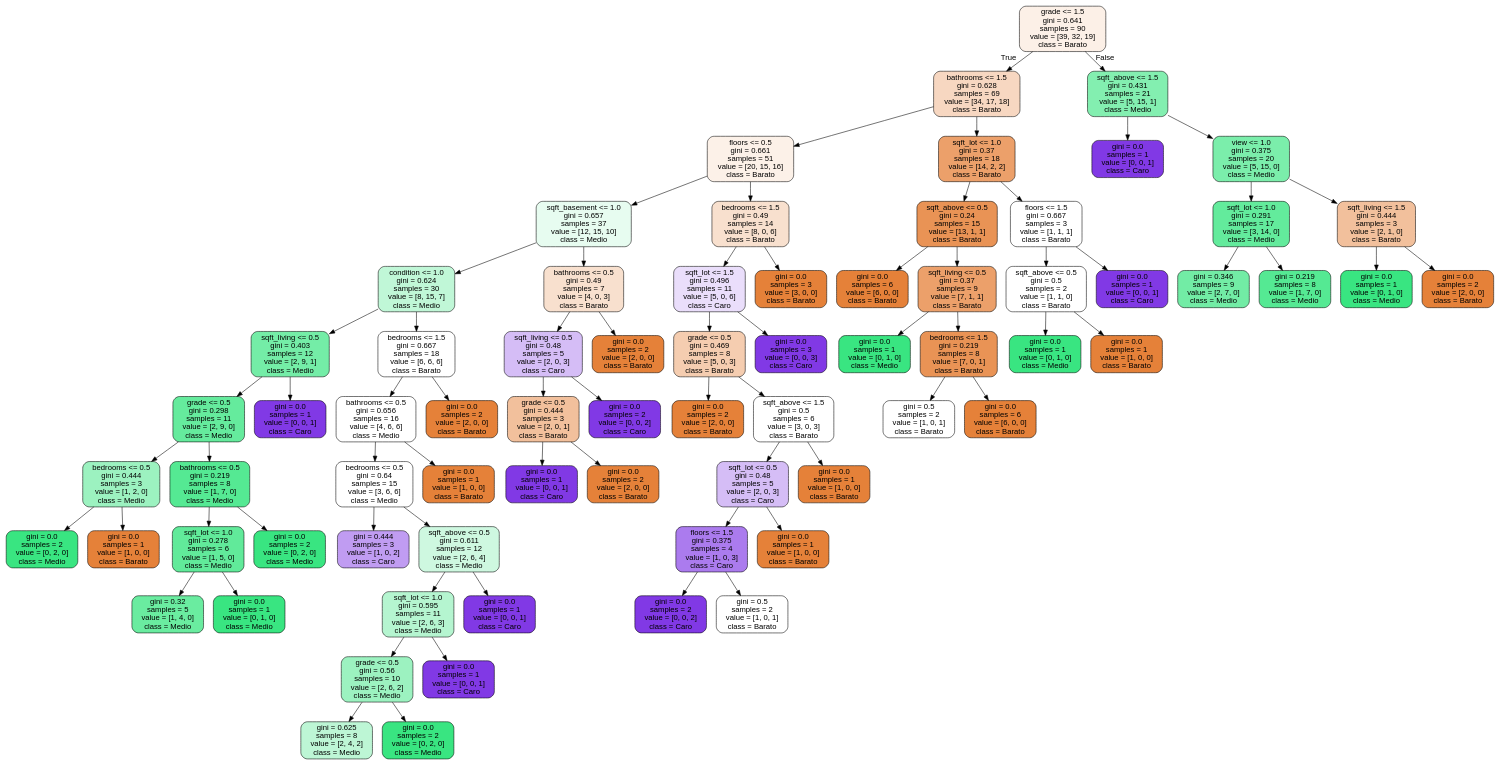
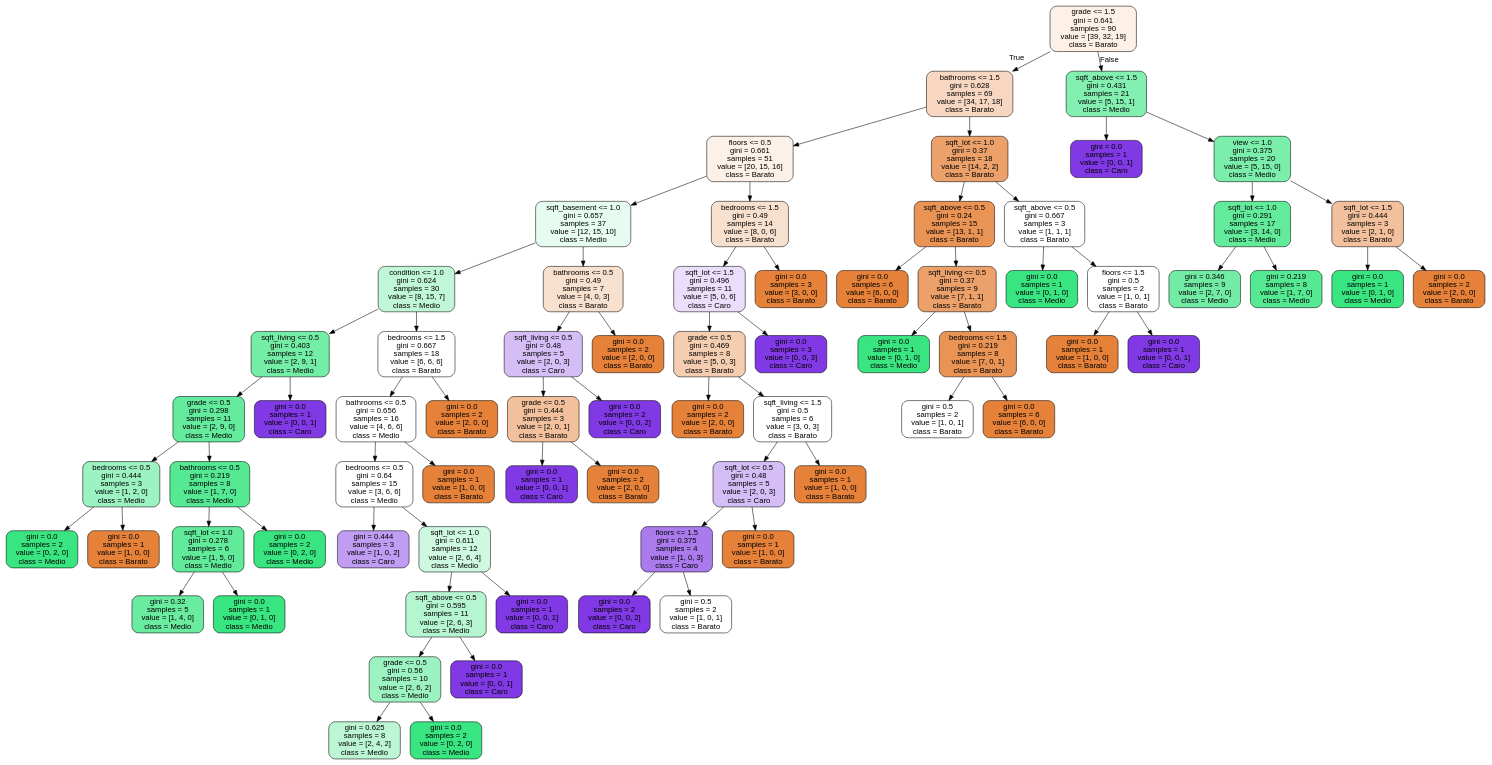
Before and after one commit to Costa-amanda/chatbot_pe: the diagram in chat_bot/aula1.dot, drawn with Graphviz. The commit also changed 9 other files, not shown here.

```diff
--- a/chat_bot/aula1.dot
+++ b/chat_bot/aula1.dot
@@ -1,145 +1,145 @@
 digraph Tree {
 node [shape=box, style="filled, rounded", color="black", fontname=helvetica] ;
 edge [fontname=helvetica] ;
 0 [label="grade <= 1.5\ngini = 0.641\nsamples = 90\nvalue = [39, 32, 19]\nclass = Barato", fillcolor="#fcf0e7"] ;
 1 [label="bathrooms <= 1.5\ngini = 0.628\nsamples = 69\nvalue = [34, 17, 18]\nclass = Barato", fillcolor="#f7d7c1"] ;
 0 -> 1 [labeldistance=2.5, labelangle=45, headlabel="True"] ;
 2 [label="floors <= 0.5\ngini = 0.661\nsamples = 51\nvalue = [20, 15, 16]\nclass = Barato", fillcolor="#fcf1e8"] ;
 1 -> 2 ;
 3 [label="sqft_basement <= 1.0\ngini = 0.657\nsamples = 37\nvalue = [12, 15, 10]\nclass = Medio", fillcolor="#e7fcf0"] ;
 2 -> 3 ;
 4 [label="condition <= 1.0\ngini = 0.624\nsamples = 30\nvalue = [8, 15, 7]\nclass = Medio", fillcolor="#c0f7d7"] ;
 3 -> 4 ;
 5 [label="sqft_living <= 0.5\ngini = 0.403\nsamples = 12\nvalue = [2, 9, 1]\nclass = Medio", fillcolor="#74eda7"] ;
 4 -> 5 ;
 6 [label="grade <= 0.5\ngini = 0.298\nsamples = 11\nvalue = [2, 9, 0]\nclass = Medio", fillcolor="#65eb9d"] ;
 5 -> 6 ;
 7 [label="bedrooms <= 0.5\ngini = 0.444\nsamples = 3\nvalue = [1, 2, 0]\nclass = Medio", fillcolor="#9cf2c0"] ;
 6 -> 7 ;
 8 [label="gini = 0.0\nsamples = 2\nvalue = [0, 2, 0]\nclass = Medio", fillcolor="#39e581"] ;
 7 -> 8 ;
 9 [label="gini = 0.0\nsamples = 1\nvalue = [1, 0, 0]\nclass = Barato", fillcolor="#e58139"] ;
 7 -> 9 ;
 10 [label="bathrooms <= 0.5\ngini = 0.219\nsamples = 8\nvalue = [1, 7, 0]\nclass = Medio", fillcolor="#55e993"] ;
 6 -> 10 ;
 11 [label="sqft_lot <= 1.0\ngini = 0.278\nsamples = 6\nvalue = [1, 5, 0]\nclass = Medio", fillcolor="#61ea9a"] ;
 10 -> 11 ;
 12 [label="gini = 0.32\nsamples = 5\nvalue = [1, 4, 0]\nclass = Medio", fillcolor="#6aeca0"] ;
 11 -> 12 ;
 13 [label="gini = 0.0\nsamples = 1\nvalue = [0, 1, 0]\nclass = Medio", fillcolor="#39e581"] ;
 11 -> 13 ;
 14 [label="gini = 0.0\nsamples = 2\nvalue = [0, 2, 0]\nclass = Medio", fillcolor="#39e581"] ;
 10 -> 14 ;
 15 [label="gini = 0.0\nsamples = 1\nvalue = [0, 0, 1]\nclass = Caro", fillcolor="#8139e5"] ;
 5 -> 15 ;
 16 [label="bedrooms <= 1.5\ngini = 0.667\nsamples = 18\nvalue = [6, 6, 6]\nclass = Barato", fillcolor="#ffffff"] ;
 4 -> 16 ;
 17 [label="bathrooms <= 0.5\ngini = 0.656\nsamples = 16\nvalue = [4, 6, 6]\nclass = Medio", fillcolor="#ffffff"] ;
 16 -> 17 ;
 18 [label="bedrooms <= 0.5\ngini = 0.64\nsamples = 15\nvalue = [3, 6, 6]\nclass = Medio", fillcolor="#ffffff"] ;
 17 -> 18 ;
 19 [label="gini = 0.444\nsamples = 3\nvalue = [1, 0, 2]\nclass = Caro", fillcolor="#c09cf2"] ;
 18 -> 19 ;
-20 [label="sqft_above <= 0.5\ngini = 0.611\nsamples = 12\nvalue = [2, 6, 4]\nclass = Medio", fillcolor="#cef8e0"] ;
+20 [label="sqft_lot <= 1.0\ngini = 0.611\nsamples = 12\nvalue = [2, 6, 4]\nclass = Medio", fillcolor="#cef8e0"] ;
 18 -> 20 ;
-21 [label="sqft_lot <= 1.0\ngini = 0.595\nsamples = 11\nvalue = [2, 6, 3]\nclass = Medio", fillcolor="#b5f5d0"] ;
+21 [label="sqft_above <= 0.5\ngini = 0.595\nsamples = 11\nvalue = [2, 6, 3]\nclass = Medio", fillcolor="#b5f5d0"] ;
 20 -> 21 ;
 22 [label="grade <= 0.5\ngini = 0.56\nsamples = 10\nvalue = [2, 6, 2]\nclass = Medio", fillcolor="#9cf2c0"] ;
 21 -> 22 ;
 23 [label="gini = 0.625\nsamples = 8\nvalue = [2, 4, 2]\nclass = Medio", fillcolor="#bdf6d5"] ;
 22 -> 23 ;
 24 [label="gini = 0.0\nsamples = 2\nvalue = [0, 2, 0]\nclass = Medio", fillcolor="#39e581"] ;
 22 -> 24 ;
 25 [label="gini = 0.0\nsamples = 1\nvalue = [0, 0, 1]\nclass = Caro", fillcolor="#8139e5"] ;
 21 -> 25 ;
 26 [label="gini = 0.0\nsamples = 1\nvalue = [0, 0, 1]\nclass = Caro", fillcolor="#8139e5"] ;
 20 -> 26 ;
 27 [label="gini = 0.0\nsamples = 1\nvalue = [1, 0, 0]\nclass = Barato", fillcolor="#e58139"] ;
 17 -> 27 ;
 28 [label="gini = 0.0\nsamples = 2\nvalue = [2, 0, 0]\nclass = Barato", fillcolor="#e58139"] ;
 16 -> 28 ;
 29 [label="bathrooms <= 0.5\ngini = 0.49\nsamples = 7\nvalue = [4, 0, 3]\nclass = Barato", fillcolor="#f8e0ce"] ;
 3 -> 29 ;
 30 [label="sqft_living <= 0.5\ngini = 0.48\nsamples = 5\nvalue = [2, 0, 3]\nclass = Caro", fillcolor="#d5bdf6"] ;
 29 -> 30 ;
 31 [label="grade <= 0.5\ngini = 0.444\nsamples = 3\nvalue = [2, 0, 1]\nclass = Barato", fillcolor="#f2c09c"] ;
 30 -> 31 ;
 32 [label="gini = 0.0\nsamples = 1\nvalue = [0, 0, 1]\nclass = Caro", fillcolor="#8139e5"] ;
 31 -> 32 ;
 33 [label="gini = 0.0\nsamples = 2\nvalue = [2, 0, 0]\nclass = Barato", fillcolor="#e58139"] ;
 31 -> 33 ;
 34 [label="gini = 0.0\nsamples = 2\nvalue = [0, 0, 2]\nclass = Caro", fillcolor="#8139e5"] ;
 30 -> 34 ;
 35 [label="gini = 0.0\nsamples = 2\nvalue = [2, 0, 0]\nclass = Barato", fillcolor="#e58139"] ;
 29 -> 35 ;
 36 [label="bedrooms <= 1.5\ngini = 0.49\nsamples = 14\nvalue = [8, 0, 6]\nclass = Barato", fillcolor="#f8e0ce"] ;
 2 -> 36 ;
 37 [label="sqft_lot <= 1.5\ngini = 0.496\nsamples = 11\nvalue = [5, 0, 6]\nclass = Caro", fillcolor="#eadefb"] ;
 36 -> 37 ;
 38 [label="grade <= 0.5\ngini = 0.469\nsamples = 8\nvalue = [5, 0, 3]\nclass = Barato", fillcolor="#f5cdb0"] ;
 37 -> 38 ;
 39 [label="gini = 0.0\nsamples = 2\nvalue = [2, 0, 0]\nclass = Barato", fillcolor="#e58139"] ;
 38 -> 39 ;
-40 [label="sqft_above <= 1.5\ngini = 0.5\nsamples = 6\nvalue = [3, 0, 3]\nclass = Barato", fillcolor="#ffffff"] ;
+40 [label="sqft_living <= 1.5\ngini = 0.5\nsamples = 6\nvalue = [3, 0, 3]\nclass = Barato", fillcolor="#ffffff"] ;
 38 -> 40 ;
 41 [label="sqft_lot <= 0.5\ngini = 0.48\nsamples = 5\nvalue = [2, 0, 3]\nclass = Caro", fillcolor="#d5bdf6"] ;
 40 -> 41 ;
 42 [label="floors <= 1.5\ngini = 0.375\nsamples = 4\nvalue = [1, 0, 3]\nclass = Caro", fillcolor="#ab7bee"] ;
 41 -> 42 ;
 43 [label="gini = 0.0\nsamples = 2\nvalue = [0, 0, 2]\nclass = Caro", fillcolor="#8139e5"] ;
 42 -> 43 ;
 44 [label="gini = 0.5\nsamples = 2\nvalue = [1, 0, 1]\nclass = Barato", fillcolor="#ffffff"] ;
 42 -> 44 ;
 45 [label="gini = 0.0\nsamples = 1\nvalue = [1, 0, 0]\nclass = Barato", fillcolor="#e58139"] ;
 41 -> 45 ;
 46 [label="gini = 0.0\nsamples = 1\nvalue = [1, 0, 0]\nclass = Barato", fillcolor="#e58139"] ;
 40 -> 46 ;
 47 [label="gini = 0.0\nsamples = 3\nvalue = [0, 0, 3]\nclass = Caro", fillcolor="#8139e5"] ;
 37 -> 47 ;
 48 [label="gini = 0.0\nsamples = 3\nvalue = [3, 0, 0]\nclass = Barato", fillcolor="#e58139"] ;
 36 -> 48 ;
 49 [label="sqft_lot <= 1.0\ngini = 0.37\nsamples = 18\nvalue = [14, 2, 2]\nclass = Barato", fillcolor="#eca06a"] ;
 1 -> 49 ;
 50 [label="sqft_above <= 0.5\ngini = 0.24\nsamples = 15\nvalue = [13, 1, 1]\nclass = Barato", fillcolor="#e99355"] ;
 49 -> 50 ;
 51 [label="gini = 0.0\nsamples = 6\nvalue = [6, 0, 0]\nclass = Barato", fillcolor="#e58139"] ;
 50 -> 51 ;
 52 [label="sqft_living <= 0.5\ngini = 0.37\nsamples = 9\nvalue = [7, 1, 1]\nclass = Barato", fillcolor="#eca06a"] ;
 50 -> 52 ;
 53 [label="gini = 0.0\nsamples = 1\nvalue = [0, 1, 0]\nclass = Medio", fillcolor="#39e581"] ;
 52 -> 53 ;
 54 [label="bedrooms <= 1.5\ngini = 0.219\nsamples = 8\nvalue = [7, 0, 1]\nclass = Barato", fillcolor="#e99355"] ;
 52 -> 54 ;
 55 [label="gini = 0.5\nsamples = 2\nvalue = [1, 0, 1]\nclass = Barato", fillcolor="#ffffff"] ;
 54 -> 55 ;
 56 [label="gini = 0.0\nsamples = 6\nvalue = [6, 0, 0]\nclass = Barato", fillcolor="#e58139"] ;
 54 -> 56 ;
-57 [label="floors <= 1.5\ngini = 0.667\nsamples = 3\nvalue = [1, 1, 1]\nclass = Barato", fillcolor="#ffffff"] ;
+57 [label="sqft_above <= 0.5\ngini = 0.667\nsamples = 3\nvalue = [1, 1, 1]\nclass = Barato", fillcolor="#ffffff"] ;
 49 -> 57 ;
-58 [label="sqft_above <= 0.5\ngini = 0.5\nsamples = 2\nvalue = [1, 1, 0]\nclass = Barato", fillcolor="#ffffff"] ;
+58 [label="gini = 0.0\nsamples = 1\nvalue = [0, 1, 0]\nclass = Medio", fillcolor="#39e581"] ;
 57 -> 58 ;
-59 [label="gini = 0.0\nsamples = 1\nvalue = [0, 1, 0]\nclass = Medio", fillcolor="#39e581"] ;
-58 -> 59 ;
+59 [label="floors <= 1.5\ngini = 0.5\nsamples = 2\nvalue = [1, 0, 1]\nclass = Barato", fillcolor="#ffffff"] ;
+57 -> 59 ;
 60 [label="gini = 0.0\nsamples = 1\nvalue = [1, 0, 0]\nclass = Barato", fillcolor="#e58139"] ;
-58 -> 60 ;
+59 -> 60 ;
 61 [label="gini = 0.0\nsamples = 1\nvalue = [0, 0, 1]\nclass = Caro", fillcolor="#8139e5"] ;
-57 -> 61 ;
+59 -> 61 ;
 62 [label="sqft_above <= 1.5\ngini = 0.431\nsamples = 21\nvalue = [5, 15, 1]\nclass = Medio", fillcolor="#83efb0"] ;
 0 -> 62 [labeldistance=2.5, labelangle=-45, headlabel="False"] ;
 63 [label="gini = 0.0\nsamples = 1\nvalue = [0, 0, 1]\nclass = Caro", fillcolor="#8139e5"] ;
 62 -> 63 ;
 64 [label="view <= 1.0\ngini = 0.375\nsamples = 20\nvalue = [5, 15, 0]\nclass = Medio", fillcolor="#7beeab"] ;
 62 -> 64 ;
 65 [label="sqft_lot <= 1.0\ngini = 0.291\nsamples = 17\nvalue = [3, 14, 0]\nclass = Medio", fillcolor="#63eb9c"] ;
 64 -> 65 ;
 66 [label="gini = 0.346\nsamples = 9\nvalue = [2, 7, 0]\nclass = Medio", fillcolor="#72eca5"] ;
 65 -> 66 ;
 67 [label="gini = 0.219\nsamples = 8\nvalue = [1, 7, 0]\nclass = Medio", fillcolor="#55e993"] ;
 65 -> 67 ;
-68 [label="sqft_living <= 1.5\ngini = 0.444\nsamples = 3\nvalue = [2, 1, 0]\nclass = Barato", fillcolor="#f2c09c"] ;
+68 [label="sqft_lot <= 1.5\ngini = 0.444\nsamples = 3\nvalue = [2, 1, 0]\nclass = Barato", fillcolor="#f2c09c"] ;
 64 -> 68 ;
 69 [label="gini = 0.0\nsamples = 1\nvalue = [0, 1, 0]\nclass = Medio", fillcolor="#39e581"] ;
 68 -> 69 ;
 70 [label="gini = 0.0\nsamples = 2\nvalue = [2, 0, 0]\nclass = Barato", fillcolor="#e58139"] ;
 68 -> 70 ;
 }
```
